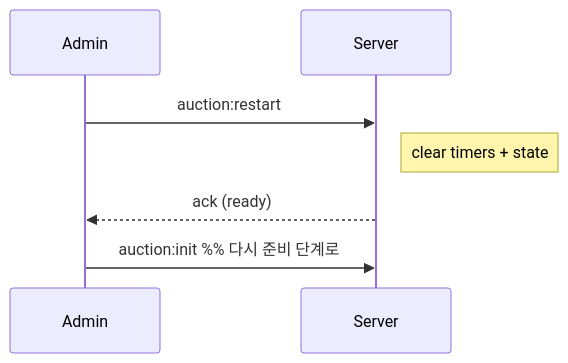
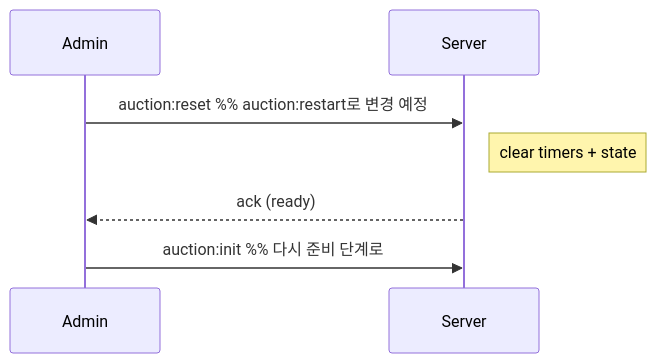
One commit to ppotatoG/game-gathering changed the second of 2 diagrams in docs/note.md. Above: the diagram before and after it, drawn with Mermaid. The commit also changed other lines of this file and 4 other files, not shown here.

````diff
--- a/docs/note.md
+++ b/docs/note.md
@@ -99,11 +102,11 @@
 ```mermaid
 sequenceDiagram
   participant Admin
   participant Server
 
-  Admin->>Server: auction:restart
+  Admin->>Server: auction:reset %% auction:restart로 변경 예정
   Note right of Server: clear timers + state
   Server-->>Admin: ack (ready)
 
   Admin->>Server: auction:init   %% 다시 준비 단계로
 ```
````
